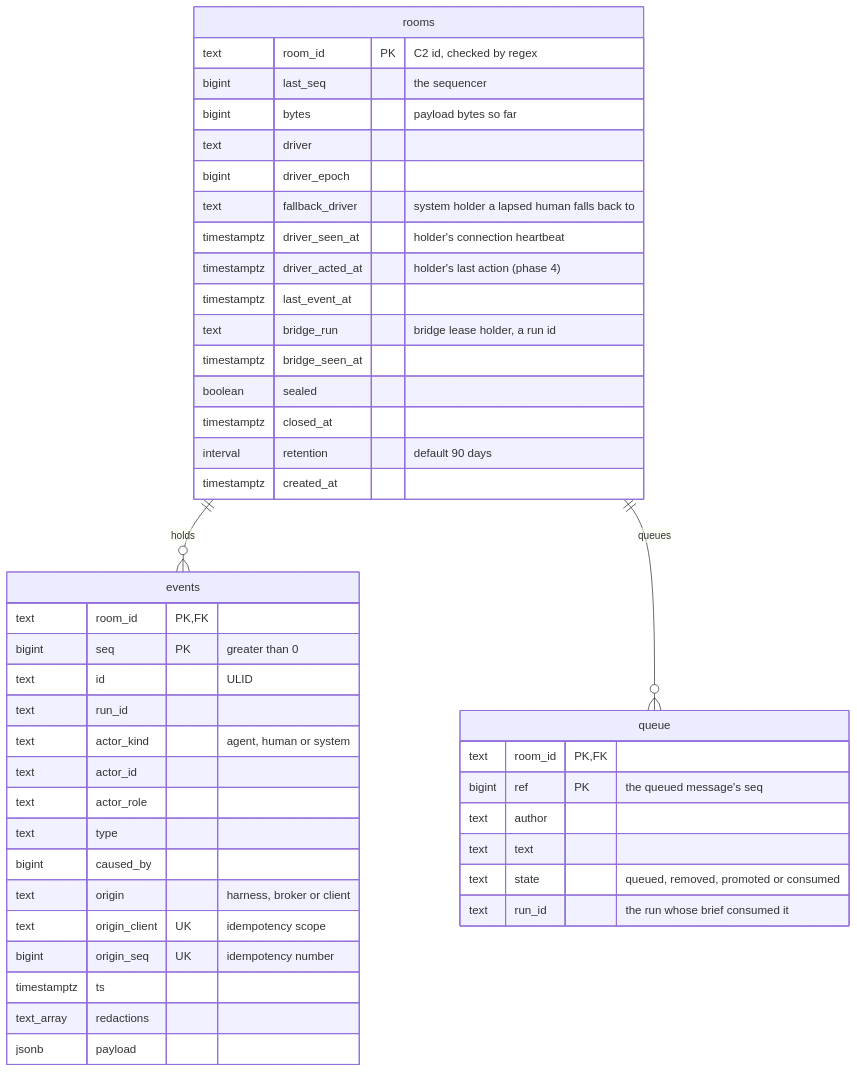
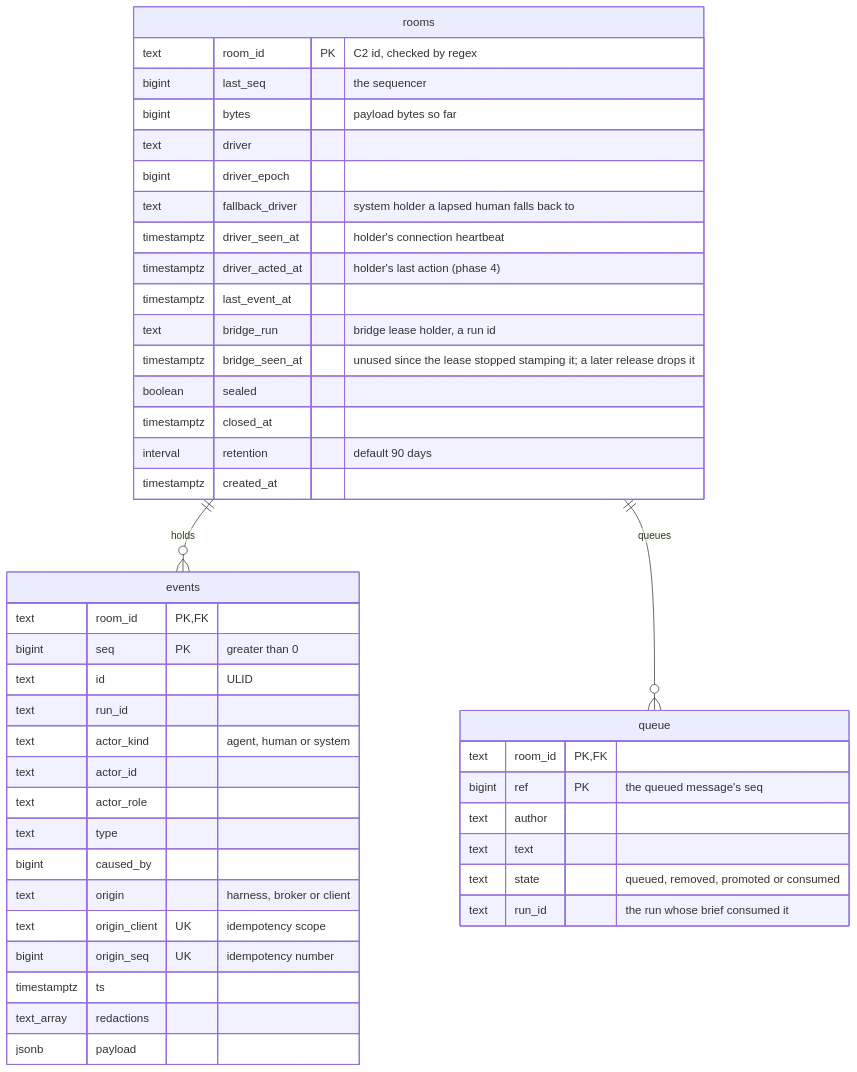
The first of 3 diagrams in docs/room-log.md (Smana/agent-platform), drawn with Mermaid before and after one commit. The commit also changed other lines of this file and 14 other files, not shown here.

First line of the commit message:
chore: hygiene — untrack pycache, stop using bridge_seen_at, rooms client spans reach the collector (#110)

````diff
--- a/docs/room-log.md
+++ b/docs/room-log.md
@@ -12,47 +12,47 @@
 ```mermaid
 erDiagram
   rooms ||--o{ events : "holds"
   rooms ||--o{ queue : "queues"
   rooms {
     text room_id PK "C2 id, checked by regex"
     bigint last_seq "the sequencer"
     bigint bytes "payload bytes so far"
     text driver
     bigint driver_epoch
     text fallback_driver "system holder a lapsed human falls back to"
     timestamptz driver_seen_at "holder's connection heartbeat"
     timestamptz driver_acted_at "holder's last action (phase 4)"
     timestamptz last_event_at
     text bridge_run "bridge lease holder, a run id"
-    timestamptz bridge_seen_at
+    timestamptz bridge_seen_at "unused since the lease stopped stamping it; a later release drops it"
     boolean sealed
     timestamptz closed_at
     interval retention "default 90 days"
     timestamptz created_at
   }
   events {
     text room_id PK, FK
     bigint seq PK "greater than 0"
     text id "ULID"
     text run_id
     text actor_kind "agent, human or system"
     text actor_id
     text actor_role
     text type
     bigint caused_by
     text origin "harness, broker or client"
     text origin_client UK "idempotency scope"
     bigint origin_seq UK "idempotency number"
     timestamptz ts
     text_array redactions
     jsonb payload
   }
   queue {
     text room_id PK, FK
     bigint ref PK "the queued message's seq"
     text author
     text text
     text state "queued, removed, promoted or consumed"
     text run_id "the run whose brief consumed it"
   }
 ```
````
